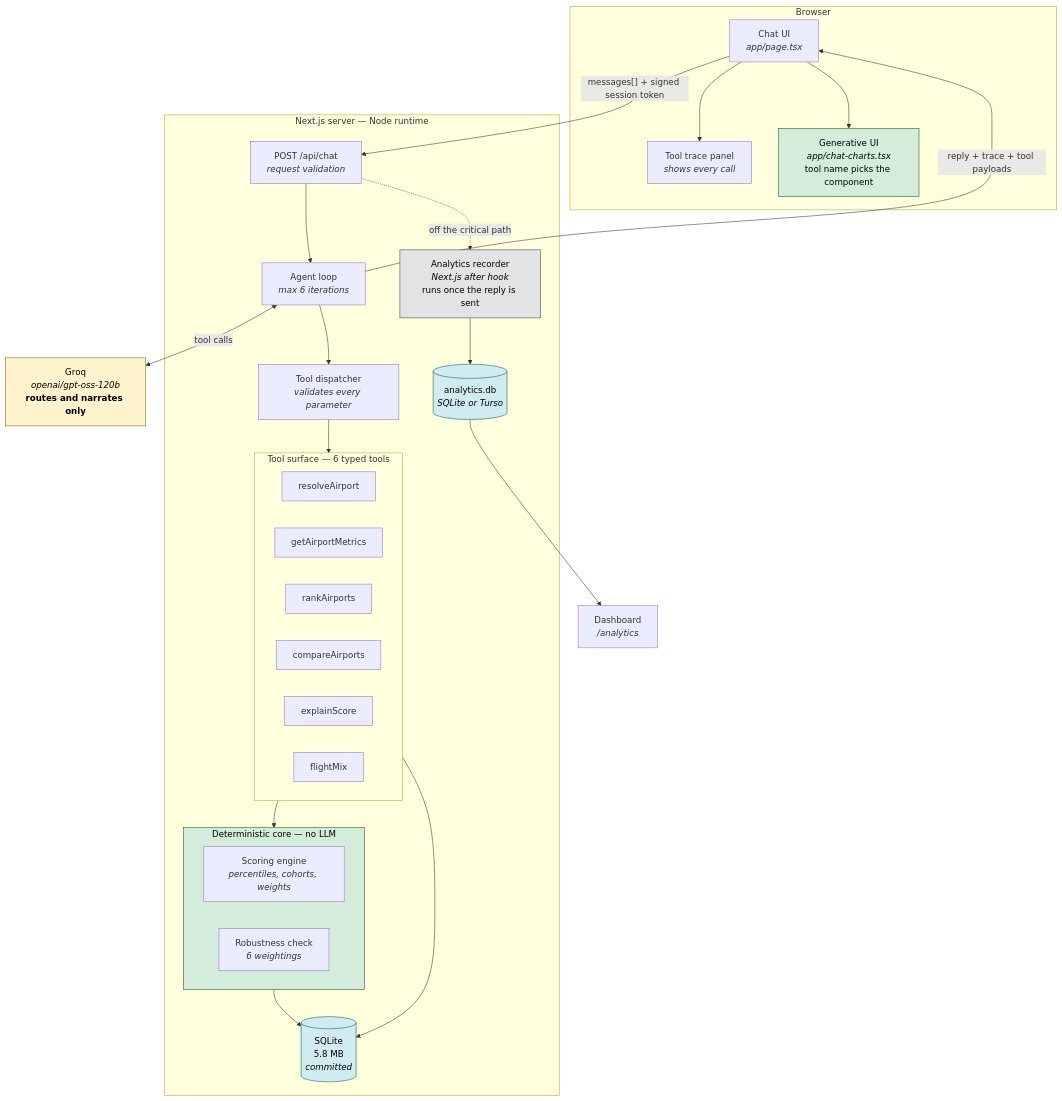
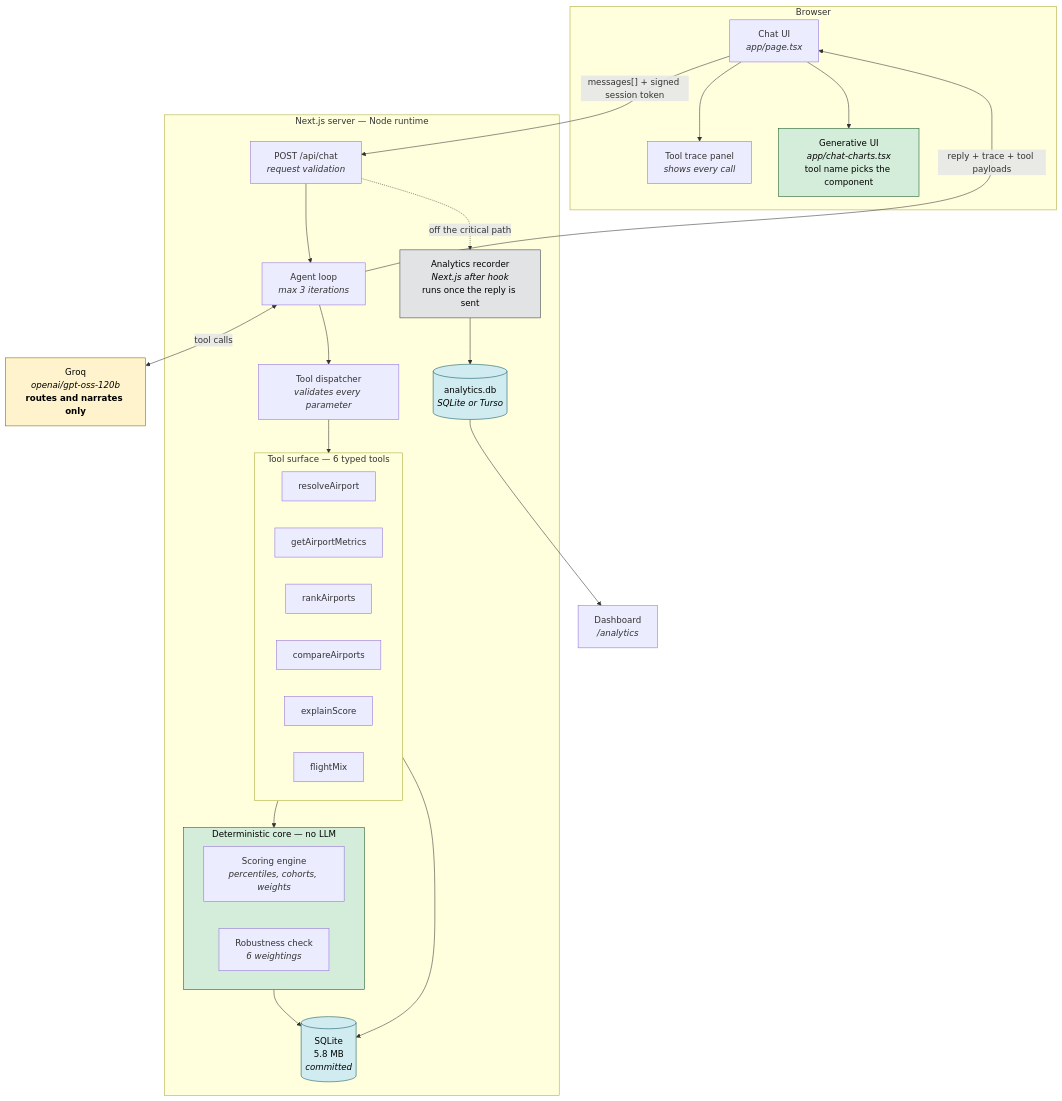
The first of 8 diagrams in docs/architecture-diagrams.md (Roni750/AI-rports), drawn with Mermaid before and after one commit. The commit also changed other lines of this file and 2 other files, not shown here.

Commit message:
chore: correct figures and stale claims across the documentation
Numbers first, since a design document that misstates its own arithmetic is
worse than one that omits it:

- upgauging 6.38 -> 6.27 percentage points, including inside the worked sum
- cohort counts: 34 medium hubs and 75 small, not 35 and 74
- upgauging p75 was printed in the median column
- demand pressure weighted at 0.30 for 23.7 points, not 0.35 for 27.7

Stale claims, both of which contradicted the code:

- DESIGN.md said six iterations maximum; the loop caps at three
- the diagram index listed five diagrams of what are now eight

All 8 mermaid blocks still pass the structural check.

````diff
--- a/docs/architecture-diagrams.md
+++ b/docs/architecture-diagrams.md
@@ -13,58 +13,58 @@
 ```mermaid
 flowchart TB
     subgraph browser["Browser"]
         UI["Chat UI<br/><i>app/page.tsx</i>"]
         TRACE["Tool trace panel<br/><i>shows every call</i>"]
         CHARTS["Generative UI<br/><i>app/chat-charts.tsx</i><br/>tool name picks the component"]
     end
 
     subgraph server["Next.js server — Node runtime"]
         API["POST /api/chat<br/><i>request validation</i>"]
-        AGENT["Agent loop<br/><i>max 6 iterations</i>"]
+        AGENT["Agent loop<br/><i>max 3 iterations</i>"]
         DISPATCH["Tool dispatcher<br/><i>validates every parameter</i>"]
 
         subgraph tools["Tool surface — 6 typed tools"]
             T1["resolveAirport"]
             T2["getAirportMetrics"]
             T3["rankAirports"]
             T4["compareAirports"]
             T5["explainScore"]
             T6["flightMix"]
         end
 
         subgraph core["Deterministic core — no LLM"]
             SCORE["Scoring engine<br/><i>percentiles, cohorts, weights</i>"]
             ROBUST["Robustness check<br/><i>6 weightings</i>"]
         end
 
         DB[("SQLite<br/>5.8 MB<br/><i>committed</i>")]
 
         REC["Analytics recorder<br/><i>Next.js after hook</i><br/>runs once the reply is sent"]
         ADB[("analytics.db<br/><i>SQLite or Turso</i>")]
     end
 
     LLM["Groq<br/><i>openai/gpt-oss-120b</i><br/><b>routes and narrates only</b>"]
 
     UI -->|"messages[] + signed session token"| API
     API --> AGENT
     AGENT <-->|"tool calls"| LLM
     AGENT --> DISPATCH
     DISPATCH --> tools
     tools --> core
     core --> DB
     tools --> DB
     AGENT -->|"reply + trace + tool payloads"| UI
     UI --> TRACE
     UI --> CHARTS
 
     API -.->|"off the critical path"| REC
     REC --> ADB
     ADB --> DASH["Dashboard<br/><i>/analytics</i>"]
 
     style LLM fill:#fff3cd,stroke:#856404,color:#000
     style core fill:#d4edda,stroke:#155724,color:#000
     style DB fill:#d1ecf1,stroke:#0c5460,color:#000
     style ADB fill:#d1ecf1,stroke:#0c5460,color:#000
     style CHARTS fill:#d4edda,stroke:#155724,color:#000
     style REC fill:#e2e3e5,stroke:#383d41,color:#000
 ```
````
